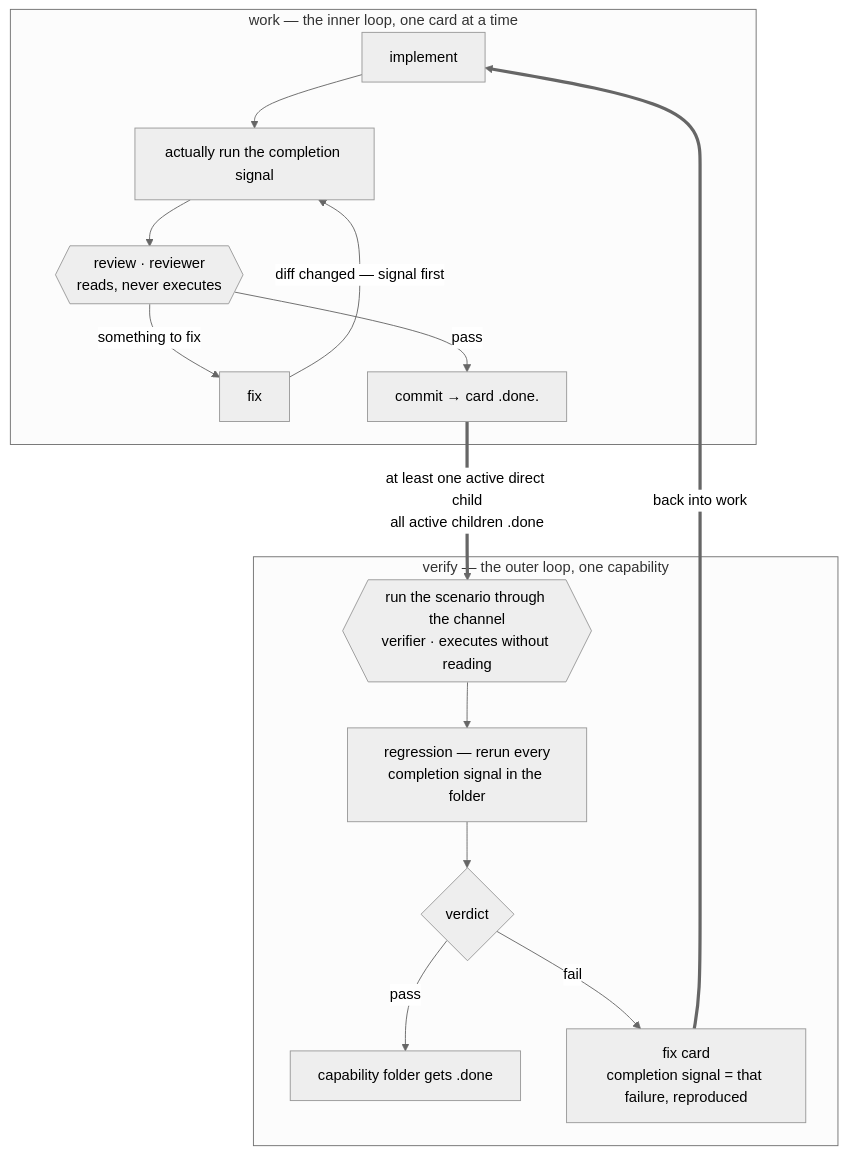
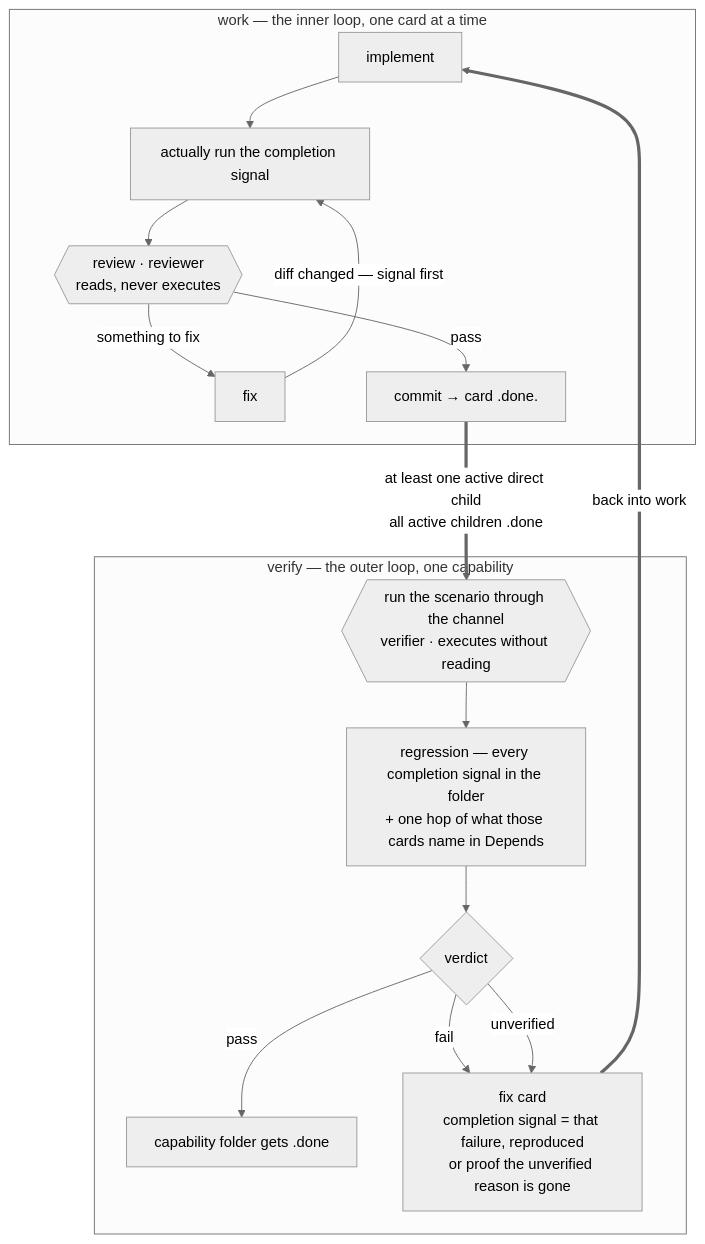
The third of 5 diagrams in README.md (nanomia-ai/devflow), drawn with Mermaid (neutral theme) before and after one commit. The commit also changed other lines of this file and 12 other files, not shown here.

````diff
--- a/README.md
+++ b/README.md
@@ -213,18 +254,19 @@
 ```mermaid
 flowchart TB
     subgraph W["work — the inner loop, one card at a time"]
         I["implement"] --> CS["actually run the completion signal"]
         CS --> RV{{"review · reviewer<br>reads, never executes"}}
         RV -->|"something to fix"| FX["fix"]
         FX -->|"diff changed — signal first"| CS
         RV -->|"pass"| CM["commit → card .done."]
     end
     subgraph V["verify — the outer loop, one capability"]
-        SC{{"run the scenario through the channel<br>verifier · executes without reading"}} --> RG["regression — rerun every<br>completion signal in the folder"]
+        SC{{"run the scenario through the channel<br>verifier · executes without reading"}} --> RG["regression — every completion signal in the folder<br>+ one hop of what those cards name in Depends"]
         RG --> VD{"verdict"}
         VD -->|"pass"| CD["capability folder gets .done"]
-        VD -->|"fail"| FC["fix card<br>completion signal = that failure, reproduced"]
+        VD -->|"fail"| FC["fix card<br>completion signal = that failure, reproduced<br>or proof the unverified reason is gone"]
+        VD -->|"unverified"| FC
     end
     CM ==>|"at least one active direct child<br>all active children .done"| SC
     FC ==>|"back into work"| I
 ```
````
